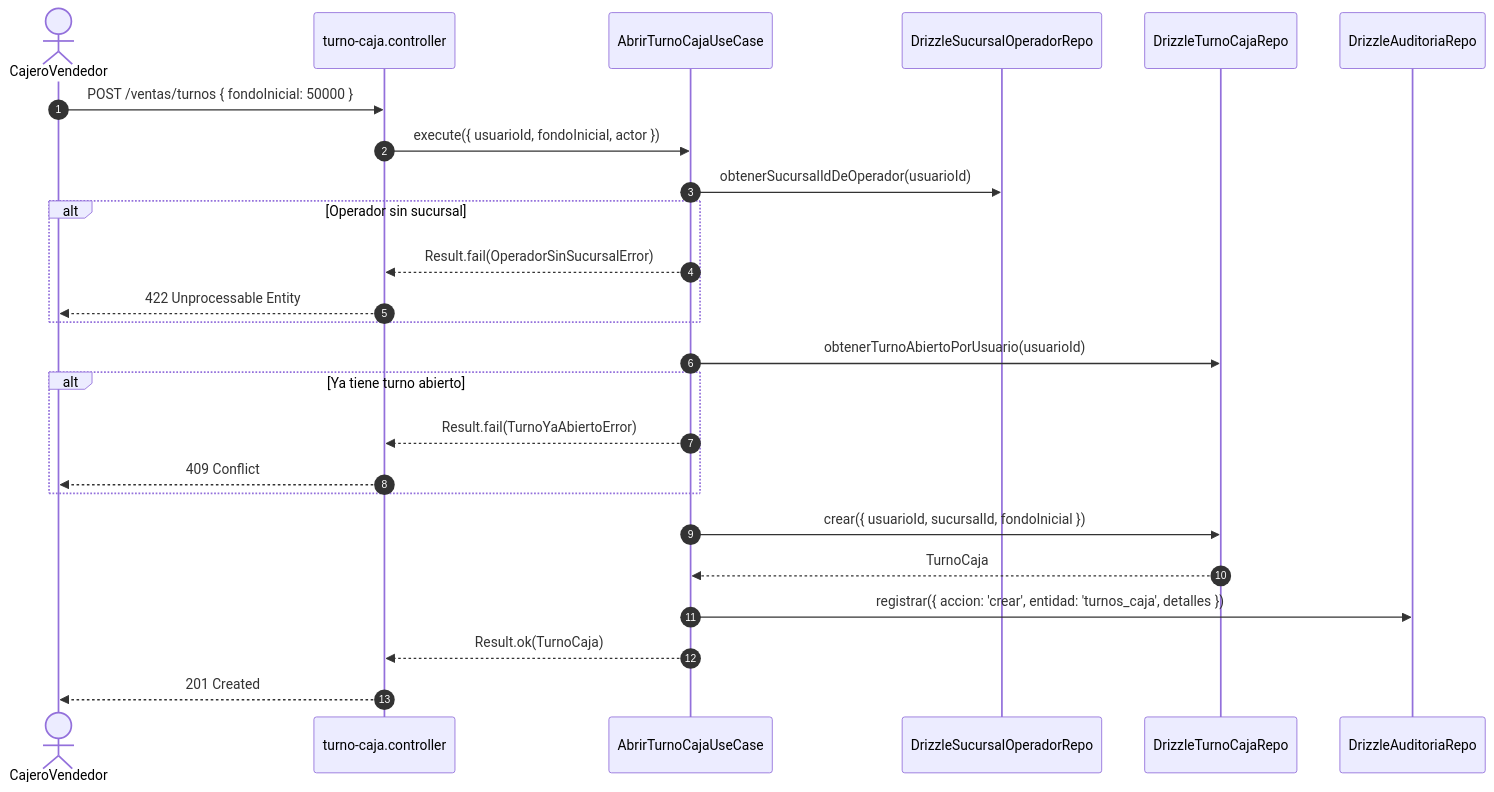
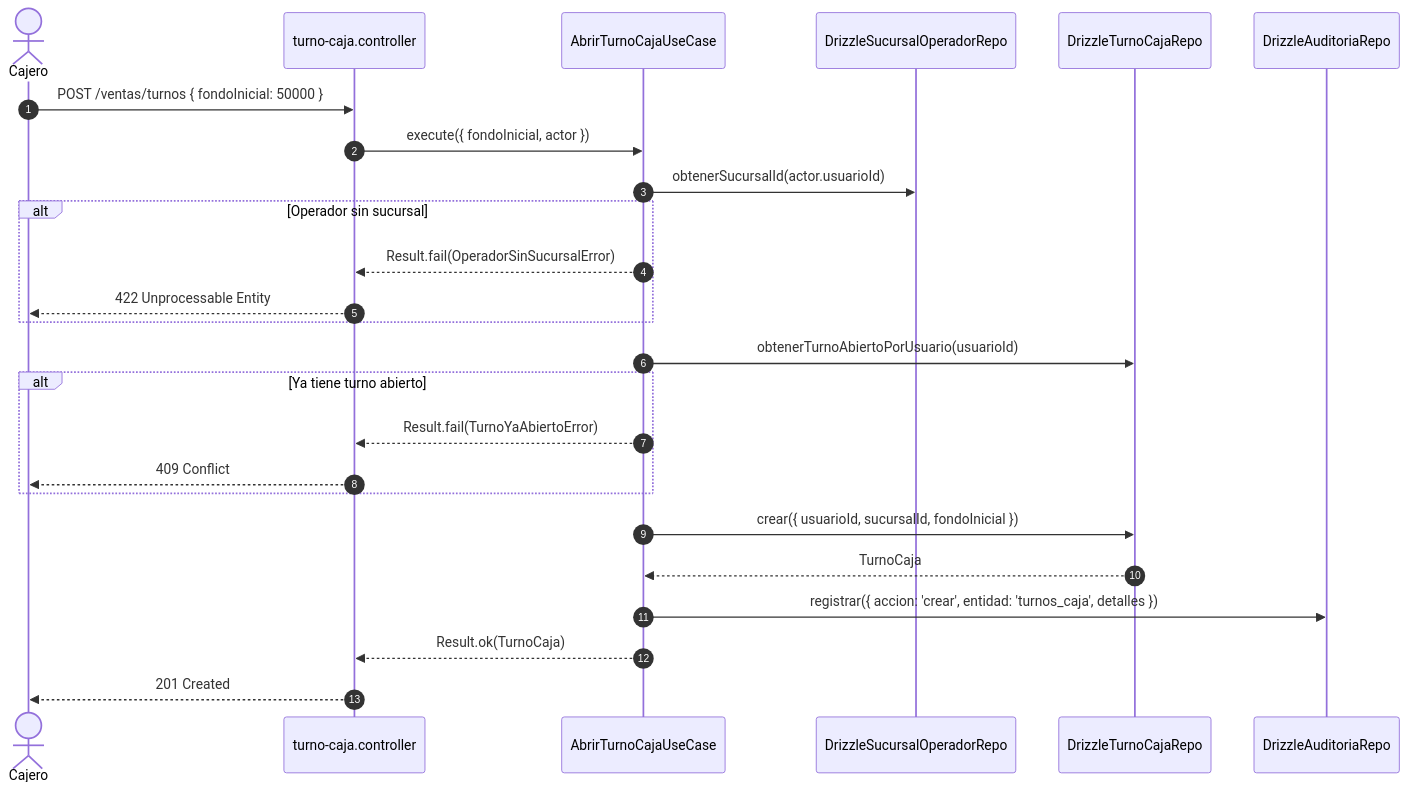
The diagram in Docs/modulos/facturacion.md (castillograndasantiagoeduardo-design/Warengine), drawn with Mermaid before and after one commit. The commit also changed other lines of this file and 2 other files, not shown here.

Commit message:
docs(roles): actualizar documentacion de arquitectura, facturacion y autenticacion para roles cajero y vendedor-b2b

````diff
--- a/Docs/modulos/facturacion.md
+++ b/Docs/modulos/facturacion.md
@@ -342,28 +368,28 @@
 ```mermaid
 sequenceDiagram
     autonumber
-    actor Cajero as CajeroVendedor
+    actor Cajero as Cajero
     participant Ctrl as turno-caja.controller
     participant UC as AbrirTurnoCajaUseCase
     participant RepOp as DrizzleSucursalOperadorRepo
     participant RepTurno as DrizzleTurnoCajaRepo
     participant Aud as DrizzleAuditoriaRepo
 
     Cajero->>Ctrl: POST /ventas/turnos { fondoInicial: 50000 }
-    Ctrl->>UC: execute({ usuarioId, fondoInicial, actor })
-    UC->>RepOp: obtenerSucursalIdDeOperador(usuarioId)
+    Ctrl->>UC: execute({ fondoInicial, actor })
+    UC->>RepOp: obtenerSucursalId(actor.usuarioId)
     alt Operador sin sucursal
         UC-->>Ctrl: Result.fail(OperadorSinSucursalError)
         Ctrl-->>Cajero: 422 Unprocessable Entity
     end
     UC->>RepTurno: obtenerTurnoAbiertoPorUsuario(usuarioId)
     alt Ya tiene turno abierto
         UC-->>Ctrl: Result.fail(TurnoYaAbiertoError)
         Ctrl-->>Cajero: 409 Conflict
     end
     UC->>RepTurno: crear({ usuarioId, sucursalId, fondoInicial })
     RepTurno-->>UC: TurnoCaja
     UC->>Aud: registrar({ accion: 'crear', entidad: 'turnos_caja', detalles })
     UC-->>Ctrl: Result.ok(TurnoCaja)
     Ctrl-->>Cajero: 201 Created
 ```
````
